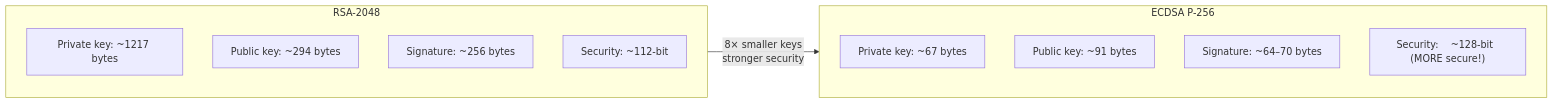
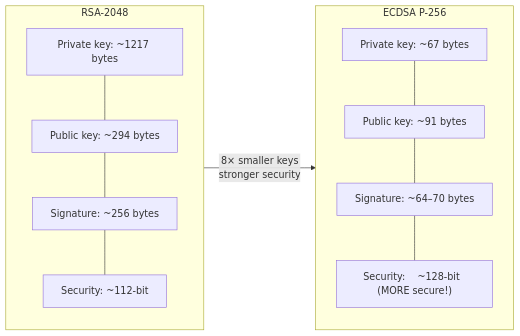
One commit to csoares/SecurityJava changed the second of 4 diagrams in src/main/java/security/ecc/README.md. Above: the diagram before and after it, drawn with Mermaid. The commit also changed other lines of this file and 8 other files, not shown here.

Commit message:
Enhance README with additional flowchart connections and clarifications for cryptographic concepts

````diff
--- a/src/main/java/security/ecc/README.md
+++ b/src/main/java/security/ecc/README.md
@@ -44,18 +44,20 @@
 ```mermaid
 flowchart LR
     subgraph RSA ["RSA-2048"]
         R1["Private key: ~1217 bytes"]
         R2["Public key:  ~294 bytes"]
         R3["Signature:   ~256 bytes"]
         R4["Security:    ~112-bit"]
+        R1 --- R2 --- R3 --- R4
     end
 
     subgraph ECC ["ECDSA P-256"]
         E1["Private key: ~67 bytes"]
         E2["Public key:  ~91 bytes"]
         E3["Signature:   ~64–70 bytes"]
         E4["Security:    ~128-bit  (MORE secure!)"]
+        E1 --- E2 --- E3 --- E4
     end
 
     RSA -->|"8× smaller keys<br/>stronger security"| ECC
 ```
````
